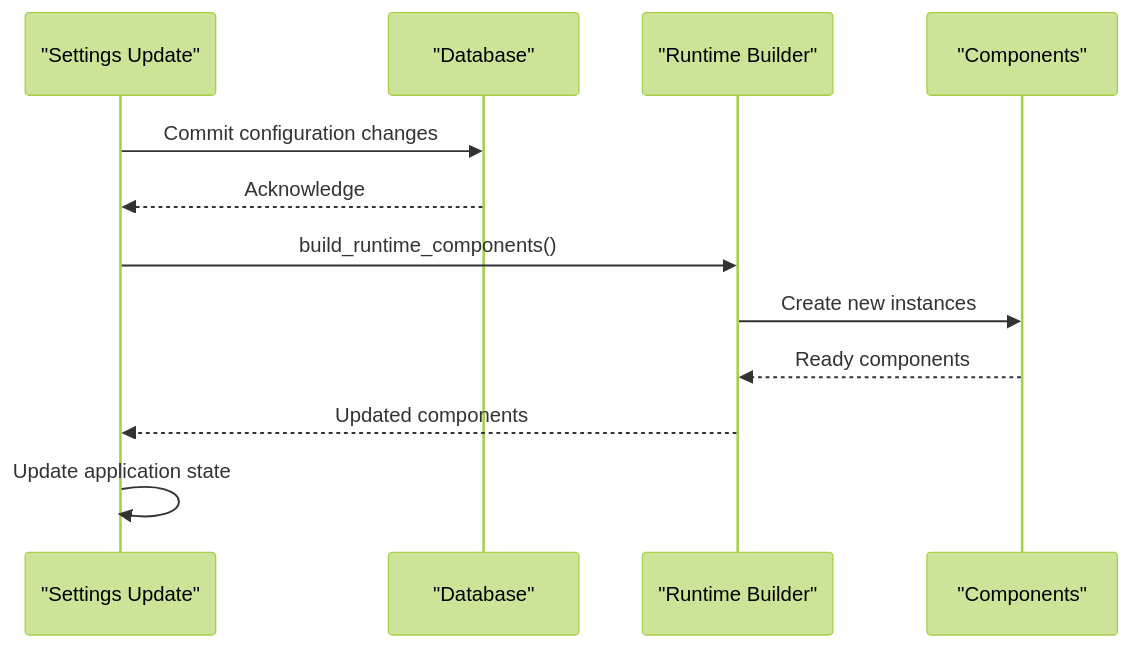
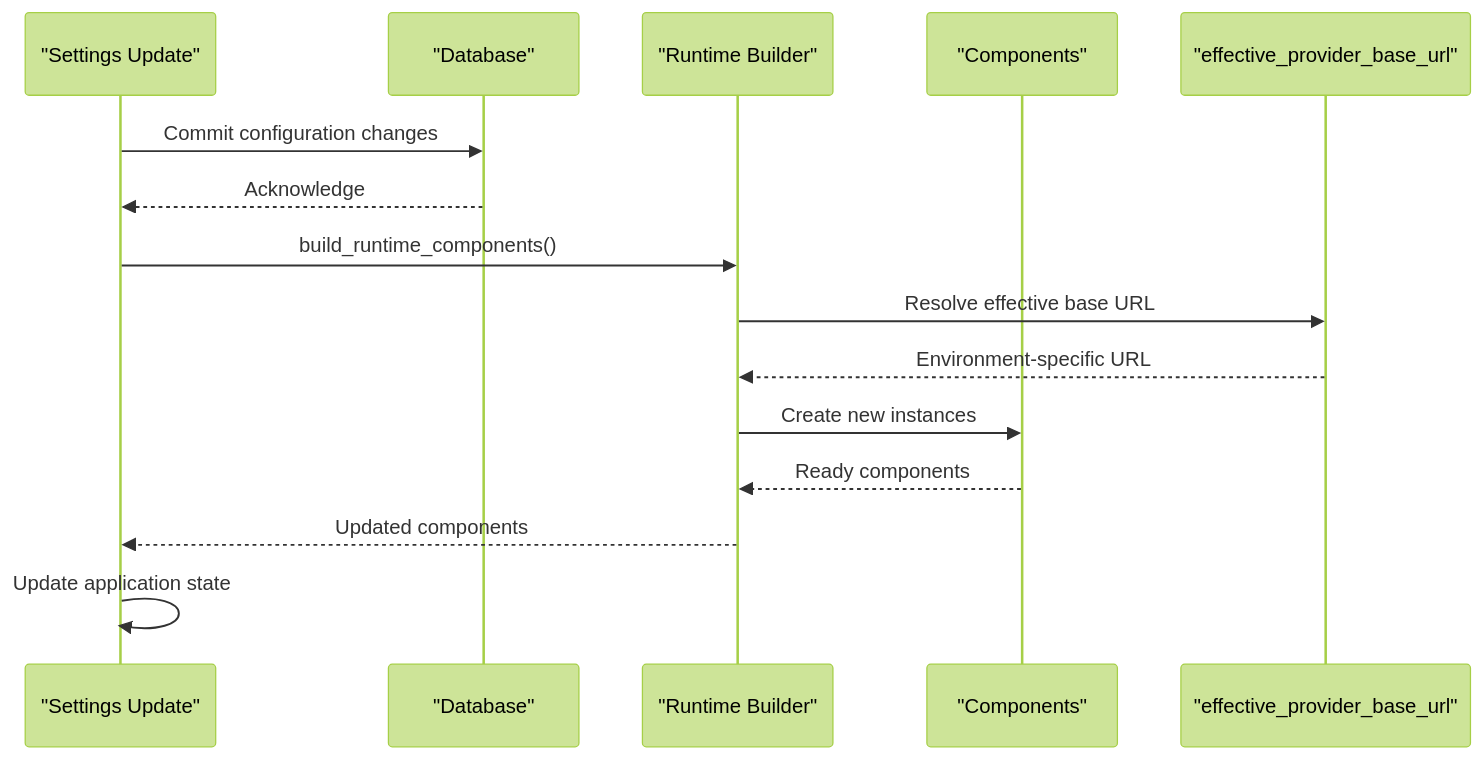
Before and after one commit to genes8/private-ai: the seventh of 9 diagrams in .qoder/repowiki/en/content/Backend Development/Runtime Configuration System/Provider Settings Management.md, drawn with Mermaid (forest theme). The commit also changed other lines of this file and 36 other files, not shown here.

````diff
--- a/.qoder/repowiki/en/content/Backend Development/Runtime Configuration System/Provider Settings Management.md
+++ b/.qoder/repowiki/en/content/Backend Development/Runtime Configuration System/Provider Settings Management.md
@@ -299,14 +325,17 @@
 ```mermaid
 sequenceDiagram
 participant Settings as "Settings Update"
 participant DB as "Database"
 participant Runtime as "Runtime Builder"
 participant Components as "Components"
+participant EffectiveURL as "effective_provider_base_url"
 Settings->>DB : Commit configuration changes
 DB-->>Settings : Acknowledge
 Settings->>Runtime : build_runtime_components()
+Runtime->>EffectiveURL : Resolve effective base URL
+EffectiveURL-->>Runtime : Environment-specific URL
 Runtime->>Components : Create new instances
 Components-->>Runtime : Ready components
 Runtime-->>Settings : Updated components
 Settings->>Settings : Update application state
 ```
````
